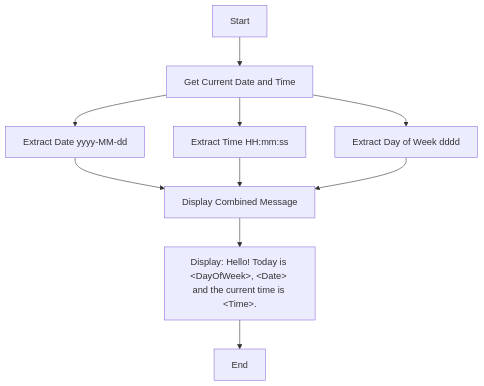
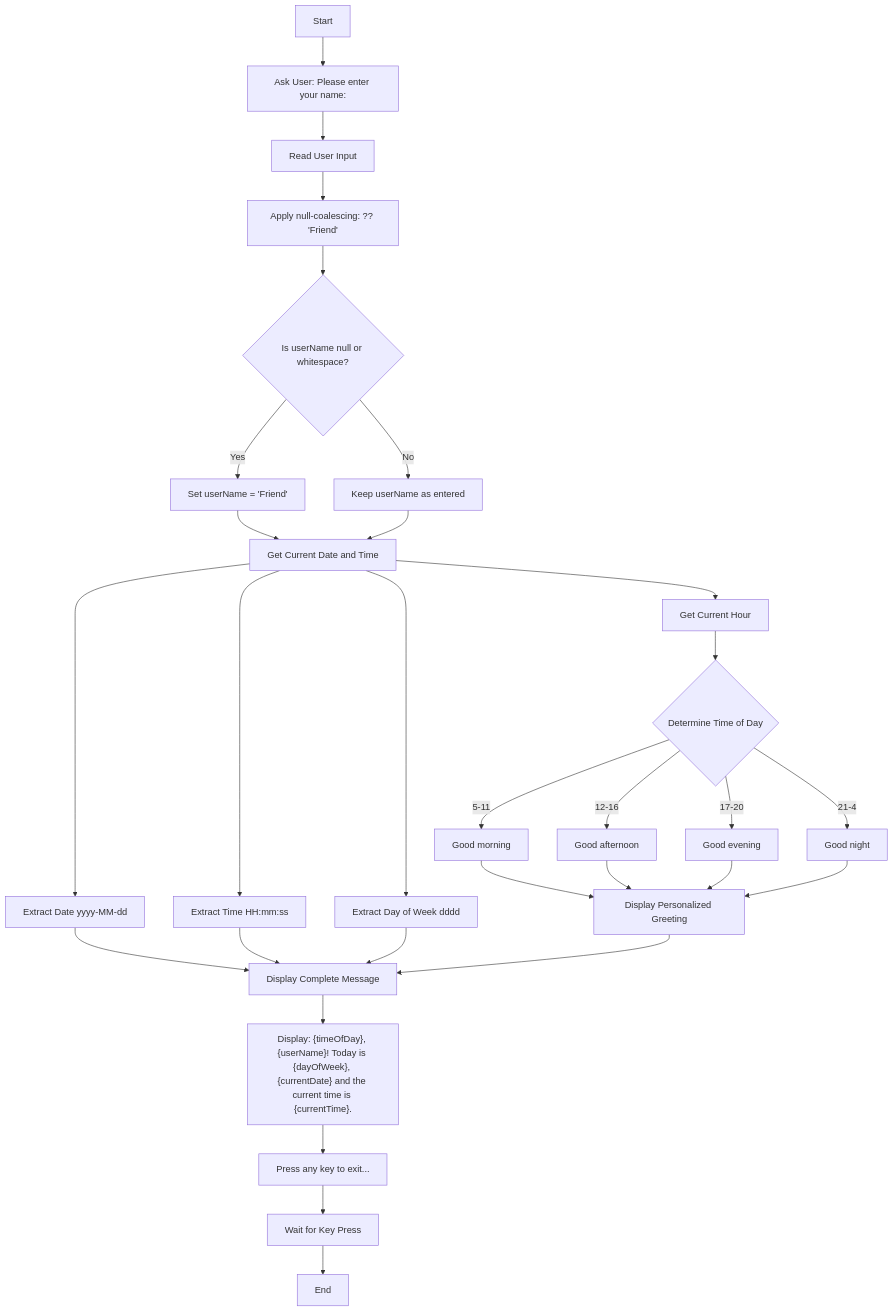
Before and after one commit to Henning-1025/PersonalizedGreetingGenerator: the diagram in FLOWCHART.md, drawn with Mermaid. The commit also changed 2 other files, not shown here.

````diff
--- a/FLOWCHART.md
+++ b/FLOWCHART.md
@@ -1,12 +1,32 @@
 ```mermaid
 graph TD
-    A[Start] --> B[Get Current Date and Time]
-    B --> C[Extract Date yyyy-MM-dd]
-    B --> D[Extract Time HH:mm:ss]
-    B --> E[Extract Day of Week dddd]
-    C --> F[Display Combined Message]
-    D --> F
-    E --> F
-    F --> G["Display: Hello! Today is &lt;DayOfWeek&gt;, &lt;Date&gt; and the current time is &lt;Time&gt;."]
-    G --> H[End]
+    A[Start] --> B["Ask User: Please enter your name:"]
+    B --> C[Read User Input]
+    C --> D["Apply null-coalescing: ?? 'Friend'"]
+    D --> E{Is userName null or whitespace?}
+    E -- Yes --> F["Set userName = 'Friend'"]
+    E -- No --> G[Keep userName as entered]
+    F --> H[Get Current Date and Time]
+    G --> H
+    H --> I[Extract Date yyyy-MM-dd]
+    H --> J[Extract Time HH:mm:ss] 
+    H --> K[Extract Day of Week dddd]
+    H --> L[Get Current Hour]
+    L --> M{Determine Time of Day}
+    M -- "5-11" --> N["Good morning"]
+    M -- "12-16" --> O["Good afternoon"]
+    M -- "17-20" --> P["Good evening"]
+    M -- "21-4" --> Q["Good night"]
+    N --> R[Display Personalized Greeting]
+    O --> R
+    P --> R
+    Q --> R
+    I --> S[Display Complete Message]
+    J --> S
+    K --> S
+    R --> S
+    S --> T["Display: {timeOfDay}, {userName}! Today is {dayOfWeek}, {currentDate} and the current time is {currentTime}."]
+    T --> U["Press any key to exit..."]
+    U --> V[Wait for Key Press]
+    V --> W[End]
 ```
````
